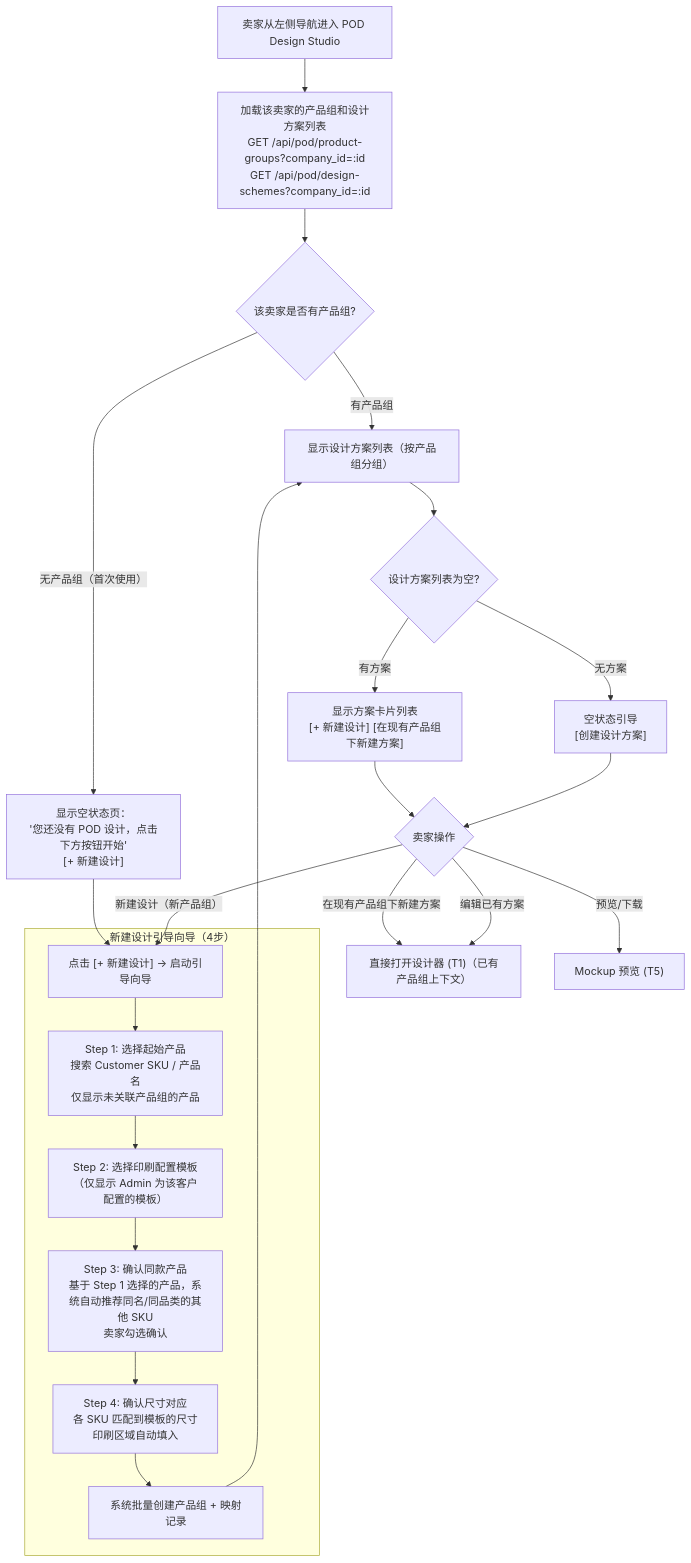
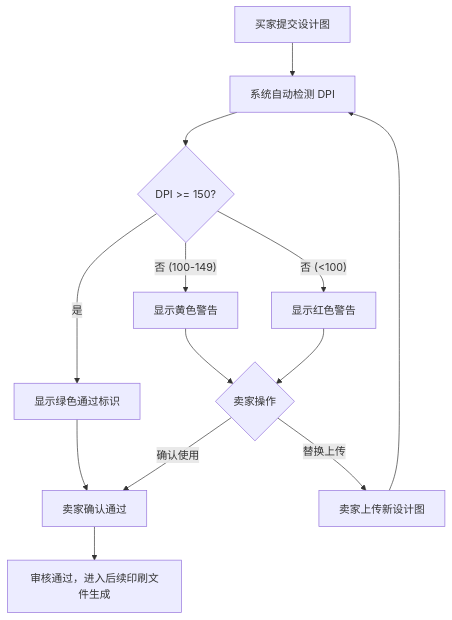
The fifth of 9 diagrams in Dennis_PM/prds/pod-design-studio/5-PRD-20260324-v5-ShipSage-卖家设计器.md (dennishe629-del/dennis_pm), drawn with Mermaid before and after one commit. The commit also changed other lines of this file and 27 other files, not shown here.

````diff
--- a/Dennis_PM/prds/pod-design-studio/5-PRD-20260324-v5-ShipSage-卖家设计器.md
+++ b/Dennis_PM/prds/pod-design-studio/5-PRD-20260324-v5-ShipSage-卖家设计器.md
@@ -633,31 +649,15 @@
 ```mermaid
 flowchart TD
-    A["卖家从左侧导航进入 POD Design Studio"] --> B["加载该卖家的产品组和设计方案列表<br>GET /api/pod/product-groups?company_id=:id<br>GET /api/pod/design-schemes?company_id=:id"]
-
-    B --> C{"该卖家是否有产品组?"}
-
-    C -- "有产品组" --> D["显示设计方案列表（按产品组分组）"]
-    C -- "无产品组（首次使用）" --> E0["显示空状态页：<br>'您还没有 POD 设计，点击下方按钮开始'<br>[+ 新建设计]"]
-    E0 --> E["点击 [+ 新建设计] → 启动引导向导"]
-
-    subgraph 新建设计引导 ["新建设计引导向导（4步）"]
-        E --> E0b["Step 1: 选择起始产品<br>搜索 Customer SKU / 产品名<br>仅显示未关联产品组的产品"]
-        E0b --> E1["Step 2: 选择印刷配置模板<br>（仅显示 Admin 为该客户配置的模板）"]
-        E1 --> E2["Step 3: 确认同款产品<br>基于 Step 1 选择的产品，系统自动推荐同名/同品类的其他 SKU<br>卖家勾选确认"]
-        E2 --> E3["Step 4: 确认尺寸对应<br>各 SKU 匹配到模板的尺寸<br>印刷区域自动填入"]
-        E3 --> E4["系统批量创建产品组 + 映射记录"]
-    end
-
-    E4 --> D
-
-    D --> F{"设计方案列表为空?"}
-    F -- "有方案" --> G["显示方案卡片列表<br>[+ 新建设计] [在现有产品组下新建方案]"]
-    F -- "无方案" --> H["空状态引导<br>[创建设计方案]"]
-
-    G --> I{"卖家操作"}
-    H --> I
-    I -- "新建设计（新产品组）" --> E
-    I -- "在现有产品组下新建方案" --> J["直接打开设计器 (T1)（已有产品组上下文）"]
-    I -- "编辑已有方案" --> J
-    I -- "预览/下载" --> K["Mockup 预览 (T5)"]
+    A["买家提交设计图"] --> B["系统自动检测 DPI"]
+    B --> C{"DPI >= 150?"}
+    C -- "是" --> D["显示绿色通过标识"]
+    C -- "否 (100-149)" --> E["显示黄色警告"]
+    C -- "否 (<100)" --> F["显示红色警告"]
+    D --> G["卖家确认通过"]
+    E --> H{"卖家操作"}
+    F --> H
+    H -- "确认使用" --> G
+    H -- "替换上传" --> I["卖家上传新设计图"]
+    I --> B
+    G --> J["审核通过，进入后续印刷文件生成"]
 ```
````
